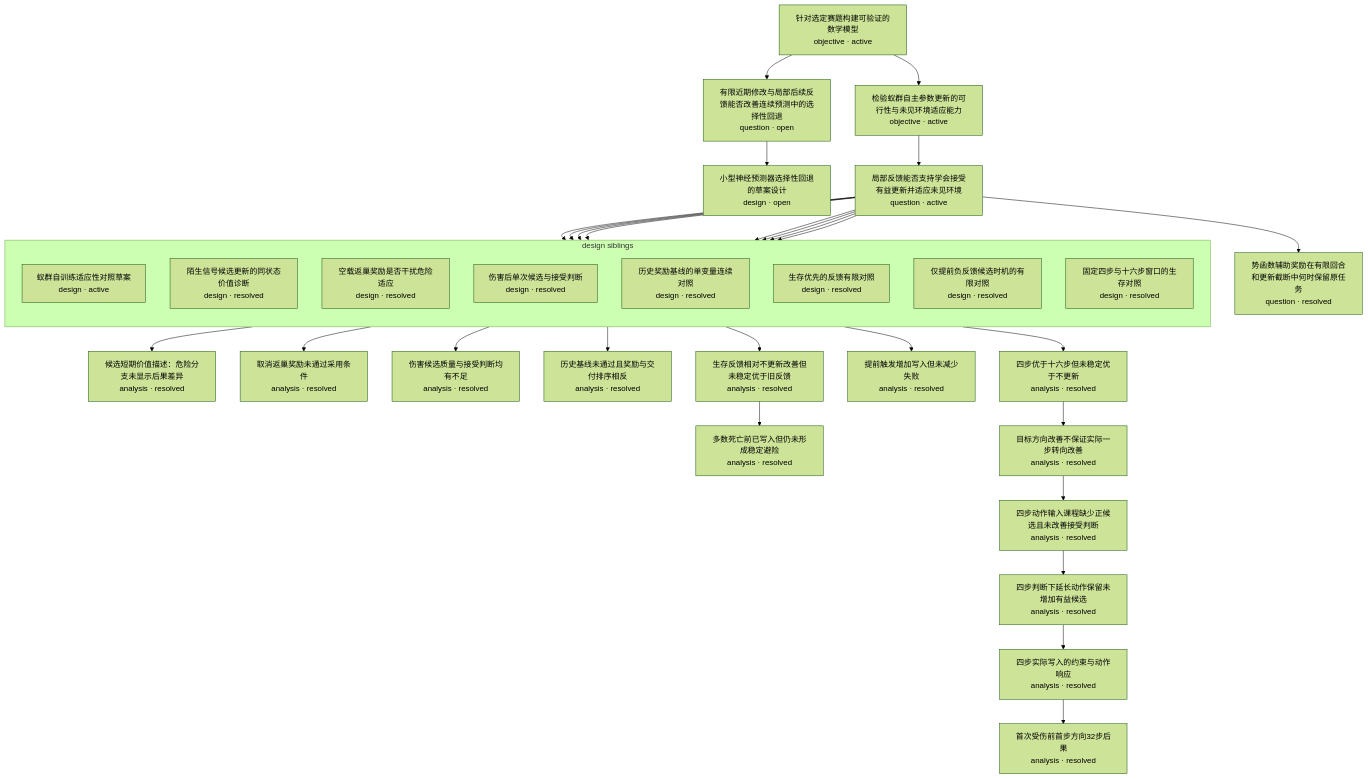
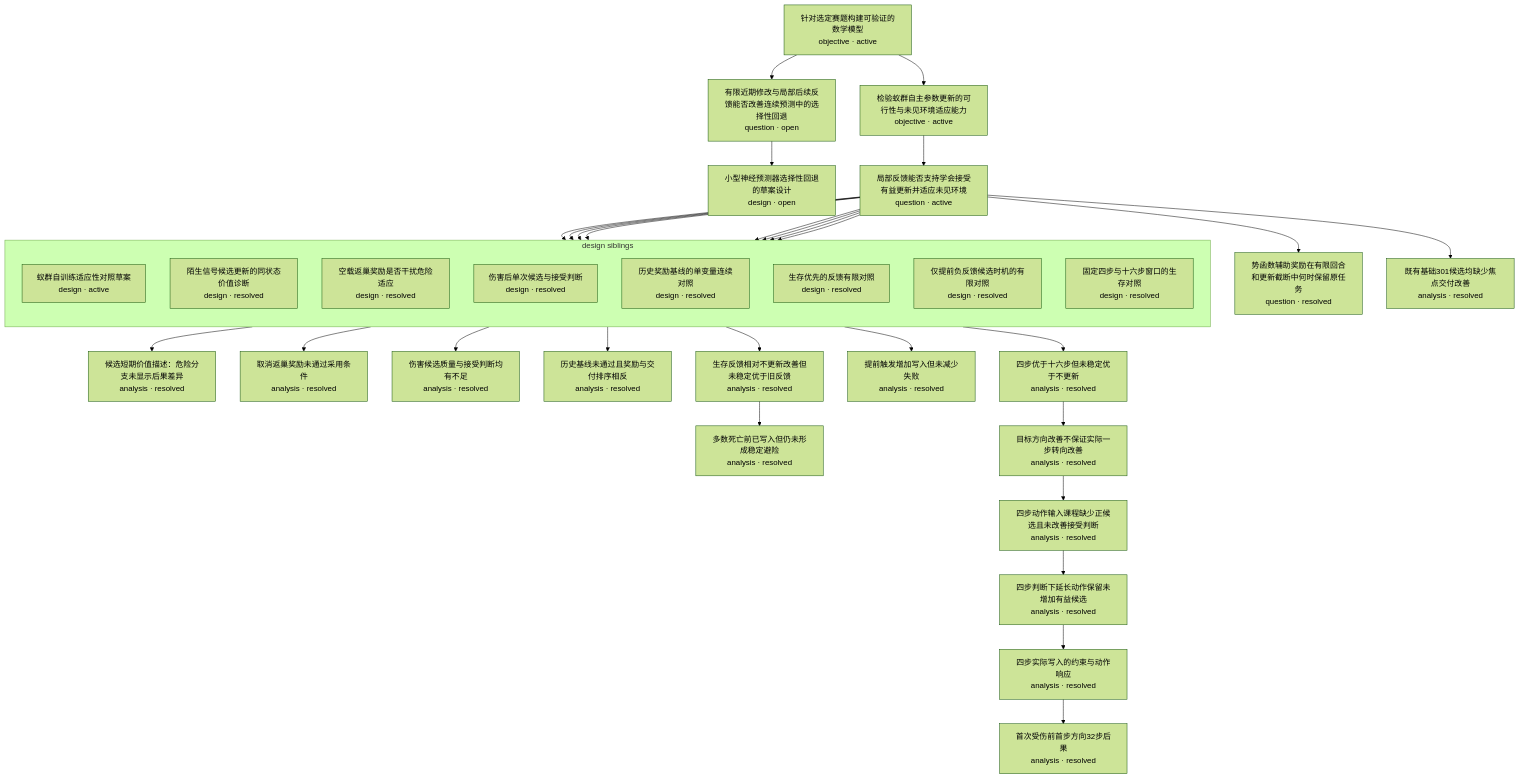
The diagram in research-tree/README.md (Akira-TL/Antomony), drawn with Mermaid (forest theme) before and after one commit. The commit also changed other lines of this file and 8 other files, not shown here.

````diff
--- a/research-tree/README.md
+++ b/research-tree/README.md
@@ -5,59 +5,61 @@
 ```mermaid
 flowchart TD
     N1["针对选定赛题构建可验证的数学模型<br/>objective · active"]
     N2["有限近期修改与局部后续反馈能否改善连续预测中的选择性回退<br/>question · open"]
     N3["小型神经预测器选择性回退的草案设计<br/>design · open"]
     N4["检验蚁群自主参数更新的可行性与未见环境适应能力<br/>objective · active"]
     N5["局部反馈能否支持学会接受有益更新并适应未见环境<br/>question · active"]
     N8["候选短期价值描述：危险分支未显示后果差异<br/>analysis · resolved"]
     N10["取消返巢奖励未通过采用条件<br/>analysis · resolved"]
     N12["伤害候选质量与接受判断均有不足<br/>analysis · resolved"]
     N14["历史基线未通过且奖励与交付排序相反<br/>analysis · resolved"]
     N15["势函数辅助奖励在有限回合和更新截断中何时保留原任务<br/>question · resolved"]
     N17["生存反馈相对不更新改善但未稳定优于旧反馈<br/>analysis · resolved"]
     N18["多数死亡前已写入但仍未形成稳定避险<br/>analysis · resolved"]
     N20["提前触发增加写入但未减少失败<br/>analysis · resolved"]
     N22["四步优于十六步但未稳定优于不更新<br/>analysis · resolved"]
     N23["目标方向改善不保证实际一步转向改善<br/>analysis · resolved"]
     N24["四步动作输入课程缺少正候选且未改善接受判断<br/>analysis · resolved"]
     N25["四步判断下延长动作保留未增加有益候选<br/>analysis · resolved"]
     N26["四步实际写入的约束与动作响应<br/>analysis · resolved"]
     N27["首次受伤前首步方向32步后果<br/>analysis · resolved"]
+    N28["既有基础301候选均缺少焦点交付改善<br/>analysis · resolved"]
     subgraph G5_design["design siblings"]
         direction TB
         N6["蚁群自训练适应性对照草案<br/>design · active"]
         N7["陌生信号候选更新的同状态价值诊断<br/>design · resolved"]
         N9["空载返巢奖励是否干扰危险适应<br/>design · resolved"]
         N11["伤害后单次候选与接受判断<br/>design · resolved"]
         N13["历史奖励基线的单变量连续对照<br/>design · resolved"]
         N16["生存优先的反馈有限对照<br/>design · resolved"]
         N19["仅提前负反馈候选时机的有限对照<br/>design · resolved"]
         N21["固定四步与十六步窗口的生存对照<br/>design · resolved"]
     end
     N1 --> N2
     N2 --> N3
     N1 --> N4
     N4 --> N5
     N5 --> N6
     N5 --> N7
     N7 --> N8
     N5 --> N9
     N9 --> N10
     N5 --> N11
     N11 --> N12
     N5 --> N13
     N13 --> N14
     N5 --> N15
     N5 --> N16
     N16 --> N17
     N17 --> N18
     N5 --> N19
     N19 --> N20
     N5 --> N21
     N21 --> N22
     N22 --> N23
     N23 --> N24
     N24 --> N25
     N25 --> N26
     N26 --> N27
+    N5 --> N28
 ```
````
